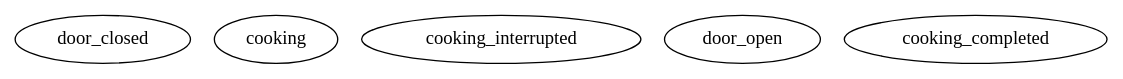
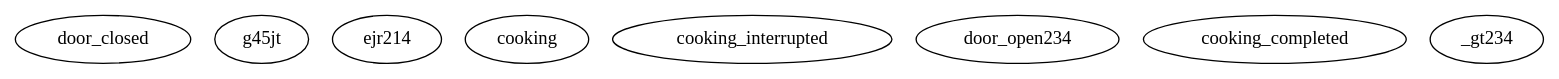
The diagram in finite_automata/sandbox/sample.dot (SipakovV/fsm-code-generator), drawn with Graphviz before and after one commit. The commit also changed 1 other file, not shown here.

```diff
--- a/finite_automata/sandbox/sample.dot
+++ b/finite_automata/sandbox/sample.dot
@@ -1,7 +1,14 @@
+/* slkejrse 345 */
+//44454345
 digraph microwave_fsm {
 	door_closed
+	g45jt
+	// 3498573 ^$%* oppa
+	/* 435 */
+	ejr214
 	cooking
 	cooking_interrupted
-	door_open
+	door_open234
 	cooking_completed
+	_gt234
 }
```
